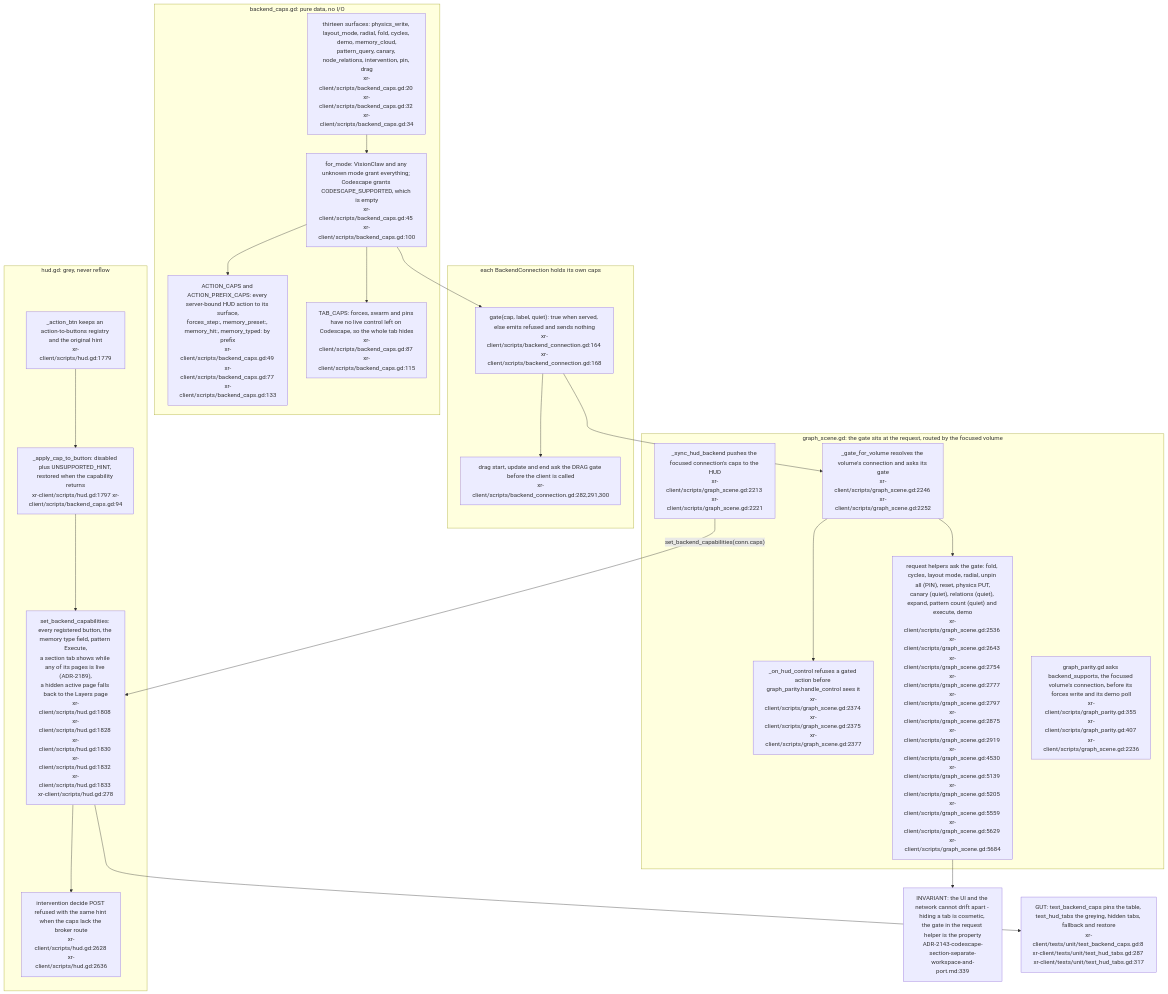
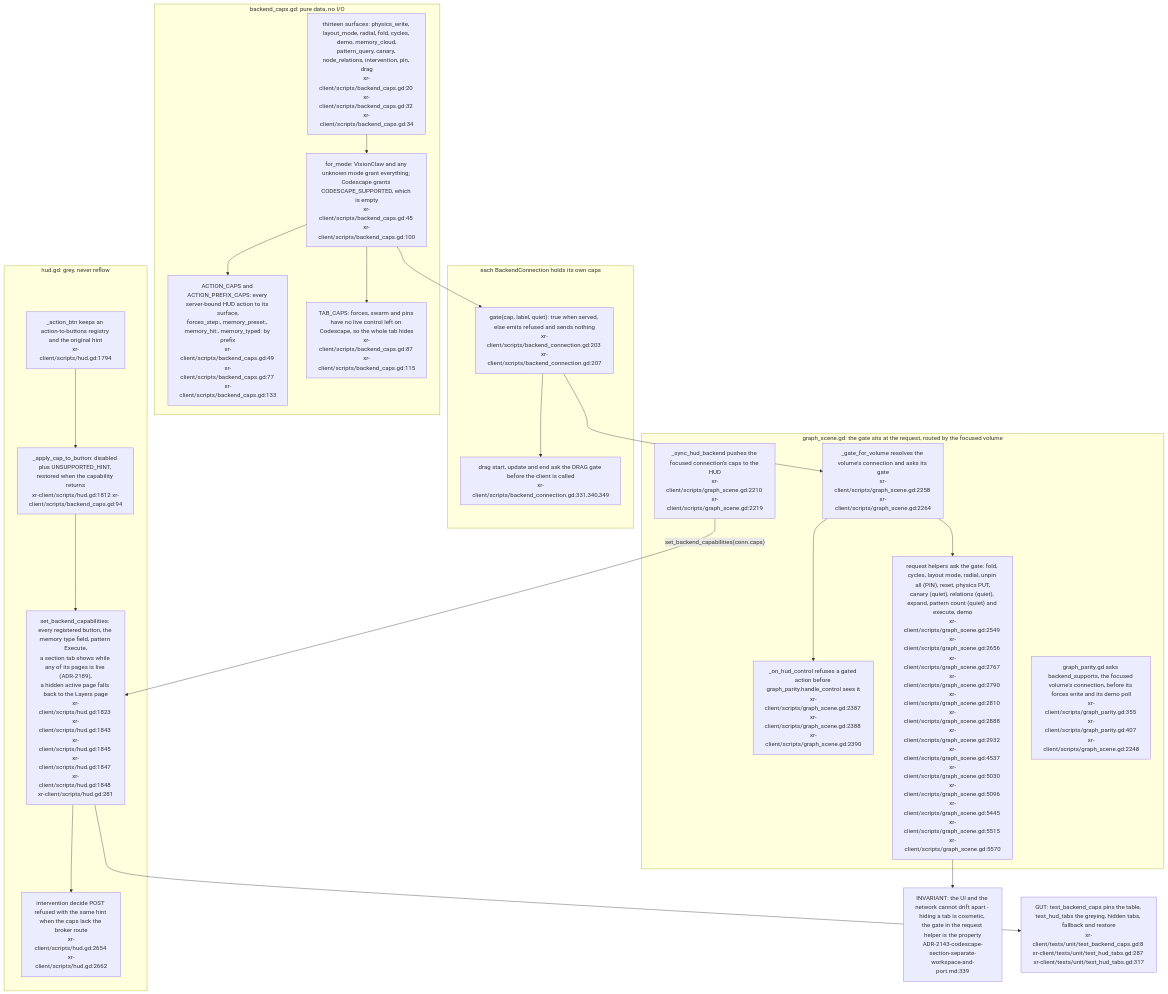
The first of 3 diagrams in docs/diagrams/visionclaw/40-xr-two-backends-capability-gating.md (DreamLab-AI/VisionFlow), drawn with Mermaid before and after one commit. The commit also changed other lines of this file and 24 other files, not shown here.

Commit message:
docs: align XR liveness, filtering and rendering diagrams (#33)

````diff
--- a/docs/diagrams/visionclaw/40-xr-two-backends-capability-gating.md
+++ b/docs/diagrams/visionclaw/40-xr-two-backends-capability-gating.md
@@ -40,41 +40,41 @@
 ```mermaid
 flowchart TB
     subgraph TABLE["backend_caps.gd: pure data, no I/O"]
         KEYS["thirteen surfaces: physics_write, layout_mode, radial, fold, cycles, demo, memory_cloud,<br/>pattern_query, canary, node_relations, intervention, pin, drag<br/>xr-client/scripts/backend_caps.gd:20 xr-client/scripts/backend_caps.gd:32 xr-client/scripts/backend_caps.gd:34"]
         MODE["for_mode: VisionClaw and any unknown mode grant everything; Codescape grants CODESCAPE_SUPPORTED, which is empty<br/>xr-client/scripts/backend_caps.gd:45 xr-client/scripts/backend_caps.gd:100"]
         AMAP["ACTION_CAPS and ACTION_PREFIX_CAPS: every server-bound HUD action to its surface,<br/>forces_step:, memory_preset:, memory_hit:, memory_typed: by prefix<br/>xr-client/scripts/backend_caps.gd:49 xr-client/scripts/backend_caps.gd:77 xr-client/scripts/backend_caps.gd:133"]
         TMAP["TAB_CAPS: forces, swarm and pins have no live control left on Codescape, so the whole tab hides<br/>xr-client/scripts/backend_caps.gd:87 xr-client/scripts/backend_caps.gd:115"]
         KEYS --> MODE
         MODE --> AMAP
         MODE --> TMAP
     end
     subgraph CONN["each BackendConnection holds its own caps"]
-        CGATE["gate(cap, label, quiet): true when served, else emits refused and sends nothing<br/>xr-client/scripts/backend_connection.gd:164 xr-client/scripts/backend_connection.gd:168"]
-        DRAG["drag start, update and end ask the DRAG gate before the client is called<br/>xr-client/scripts/backend_connection.gd:282,291,300"]
+        CGATE["gate(cap, label, quiet): true when served, else emits refused and sends nothing<br/>xr-client/scripts/backend_connection.gd:203 xr-client/scripts/backend_connection.gd:207"]
+        DRAG["drag start, update and end ask the DRAG gate before the client is called<br/>xr-client/scripts/backend_connection.gd:331,340,349"]
     end
     subgraph SCENE["graph_scene.gd: the gate sits at the request, routed by the focused volume"]
-        GATE["_gate_for_volume resolves the volume's connection and asks its gate<br/>xr-client/scripts/graph_scene.gd:2246 xr-client/scripts/graph_scene.gd:2252"]
-        CTRL["_on_hud_control refuses a gated action before graph_parity.handle_control sees it<br/>xr-client/scripts/graph_scene.gd:2374 xr-client/scripts/graph_scene.gd:2375 xr-client/scripts/graph_scene.gd:2377"]
-        REQ["request helpers ask the gate: fold, cycles, layout mode, radial, unpin all (PIN), reset, physics PUT,<br/>canary (quiet), relations (quiet), expand, pattern count (quiet) and execute, demo<br/>xr-client/scripts/graph_scene.gd:2536 xr-client/scripts/graph_scene.gd:2643 xr-client/scripts/graph_scene.gd:2754 xr-client/scripts/graph_scene.gd:2777 xr-client/scripts/graph_scene.gd:2797 xr-client/scripts/graph_scene.gd:2875 xr-client/scripts/graph_scene.gd:2919 xr-client/scripts/graph_scene.gd:4530 xr-client/scripts/graph_scene.gd:5139 xr-client/scripts/graph_scene.gd:5205 xr-client/scripts/graph_scene.gd:5559 xr-client/scripts/graph_scene.gd:5629 xr-client/scripts/graph_scene.gd:5684"]
-        PAR["graph_parity.gd asks backend_supports, the focused volume's connection, before its forces write and its demo poll<br/>xr-client/scripts/graph_parity.gd:355 xr-client/scripts/graph_parity.gd:407 xr-client/scripts/graph_scene.gd:2236"]
-        SYNC["_sync_hud_backend pushes the focused connection's caps to the HUD<br/>xr-client/scripts/graph_scene.gd:2213 xr-client/scripts/graph_scene.gd:2221"]
+        GATE["_gate_for_volume resolves the volume's connection and asks its gate<br/>xr-client/scripts/graph_scene.gd:2258 xr-client/scripts/graph_scene.gd:2264"]
+        CTRL["_on_hud_control refuses a gated action before graph_parity.handle_control sees it<br/>xr-client/scripts/graph_scene.gd:2387 xr-client/scripts/graph_scene.gd:2388 xr-client/scripts/graph_scene.gd:2390"]
+        REQ["request helpers ask the gate: fold, cycles, layout mode, radial, unpin all (PIN), reset, physics PUT,<br/>canary (quiet), relations (quiet), expand, pattern count (quiet) and execute, demo<br/>xr-client/scripts/graph_scene.gd:2549 xr-client/scripts/graph_scene.gd:2656 xr-client/scripts/graph_scene.gd:2767 xr-client/scripts/graph_scene.gd:2790 xr-client/scripts/graph_scene.gd:2810 xr-client/scripts/graph_scene.gd:2888 xr-client/scripts/graph_scene.gd:2932 xr-client/scripts/graph_scene.gd:4537 xr-client/scripts/graph_scene.gd:5030 xr-client/scripts/graph_scene.gd:5096 xr-client/scripts/graph_scene.gd:5445 xr-client/scripts/graph_scene.gd:5515 xr-client/scripts/graph_scene.gd:5570"]
+        PAR["graph_parity.gd asks backend_supports, the focused volume's connection, before its forces write and its demo poll<br/>xr-client/scripts/graph_parity.gd:355 xr-client/scripts/graph_parity.gd:407 xr-client/scripts/graph_scene.gd:2248"]
+        SYNC["_sync_hud_backend pushes the focused connection's caps to the HUD<br/>xr-client/scripts/graph_scene.gd:2210 xr-client/scripts/graph_scene.gd:2219"]
         GATE --> CTRL
         GATE --> REQ
     end
     subgraph HUD["hud.gd: grey, never reflow"]
-        REG["_action_btn keeps an action-to-buttons registry and the original hint<br/>xr-client/scripts/hud.gd:1779"]
-        APPLY["_apply_cap_to_button: disabled plus UNSUPPORTED_HINT, restored when the capability returns<br/>xr-client/scripts/hud.gd:1797 xr-client/scripts/backend_caps.gd:94"]
-        SET["set_backend_capabilities: every registered button, the memory type field, pattern Execute,<br/>a section tab shows while any of its pages is live (ADR-2189),<br/>a hidden active page falls back to the Layers page<br/>xr-client/scripts/hud.gd:1808 xr-client/scripts/hud.gd:1828 xr-client/scripts/hud.gd:1830 xr-client/scripts/hud.gd:1832 xr-client/scripts/hud.gd:1833 xr-client/scripts/hud.gd:278"]
-        DEC["intervention decide POST refused with the same hint when the caps lack the broker route<br/>xr-client/scripts/hud.gd:2628 xr-client/scripts/hud.gd:2636"]
+        REG["_action_btn keeps an action-to-buttons registry and the original hint<br/>xr-client/scripts/hud.gd:1794"]
+        APPLY["_apply_cap_to_button: disabled plus UNSUPPORTED_HINT, restored when the capability returns<br/>xr-client/scripts/hud.gd:1812 xr-client/scripts/backend_caps.gd:94"]
+        SET["set_backend_capabilities: every registered button, the memory type field, pattern Execute,<br/>a section tab shows while any of its pages is live (ADR-2189),<br/>a hidden active page falls back to the Layers page<br/>xr-client/scripts/hud.gd:1823 xr-client/scripts/hud.gd:1843 xr-client/scripts/hud.gd:1845 xr-client/scripts/hud.gd:1847 xr-client/scripts/hud.gd:1848 xr-client/scripts/hud.gd:281"]
+        DEC["intervention decide POST refused with the same hint when the caps lack the broker route<br/>xr-client/scripts/hud.gd:2654 xr-client/scripts/hud.gd:2662"]
         REG --> APPLY --> SET
         SET --> DEC
     end
     MODE --> CGATE
     CGATE --> GATE
     CGATE --> DRAG
     SYNC -->|"set_backend_capabilities(conn.caps)"| SET
     INV["INVARIANT: the UI and the network cannot drift apart - hiding a tab is cosmetic, the gate in the request helper is the property<br/>ADR-2143-codescape-section-separate-workspace-and-port.md:339"]
     T1["GUT: test_backend_caps pins the table, test_hud_tabs the greying, hidden tabs, fallback and restore<br/>xr-client/tests/unit/test_backend_caps.gd:8 xr-client/tests/unit/test_hud_tabs.gd:287 xr-client/tests/unit/test_hud_tabs.gd:317"]
     REQ --> INV
     SET --> T1
 ```
````
